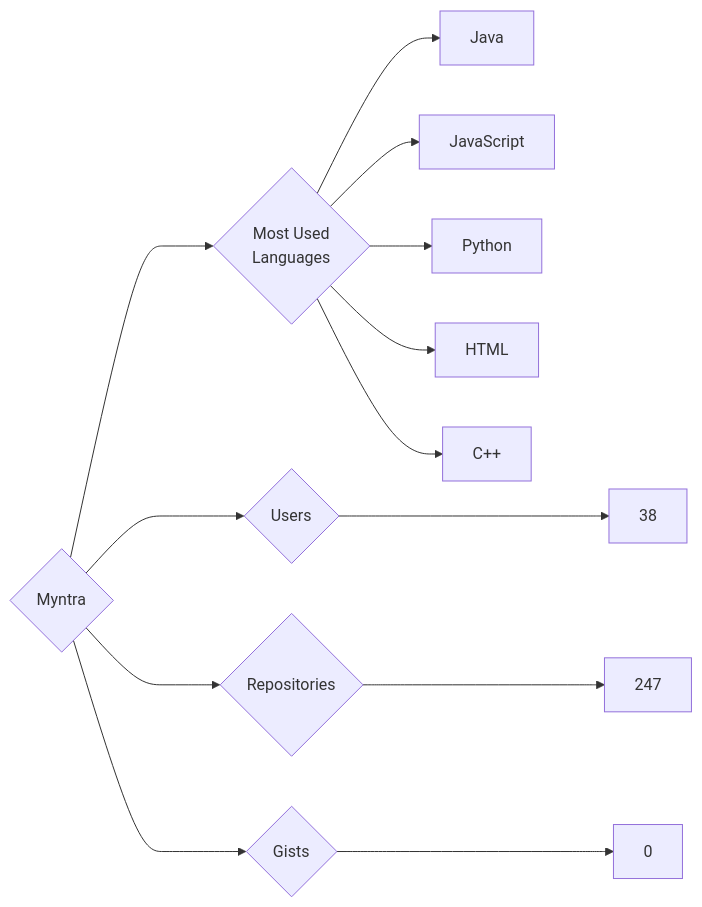
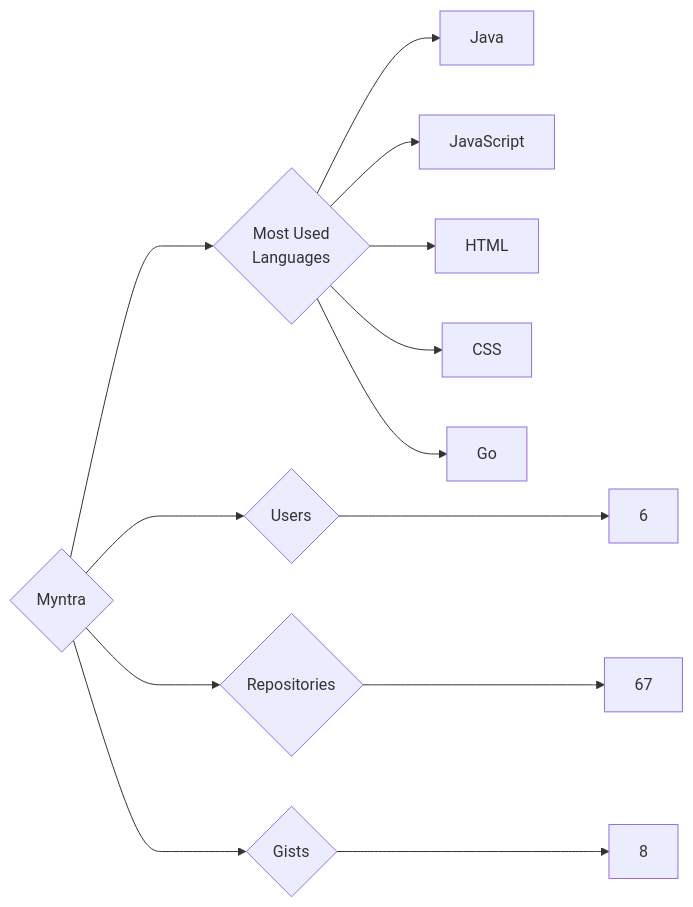
Before and after one commit to trickest/insiders: the diagram in targets/Myntra/README.md, drawn with Mermaid. The commit also changed 997 other files, not shown here.

````diff
--- a/targets/Myntra/README.md
+++ b/targets/Myntra/README.md
@@ -3,13 +3,13 @@
 ```mermaid
 graph LR
 COMPANY_NAME{Myntra}
-COMPANY_NAME ---> U{Users} ---> UN[38]
-COMPANY_NAME ---> R{Repositories} ---> RN[247]
-COMPANY_NAME ---> G{Gists} ---> GN[0]
+COMPANY_NAME ---> U{Users} ---> UN[6]
+COMPANY_NAME ---> R{Repositories} ---> RN[67]
+COMPANY_NAME ---> G{Gists} ---> GN[8]
 COMPANY_NAME ---> ML{Most Used<br>Languages}
-ML --> Java
-ML --> JavaScript
-ML --> Python
-ML --> HTML
-ML --> C++
+ML --> Java[Java]
+ML --> JavaScript[JavaScript]
+ML --> HTML[HTML]
+ML --> CSS[CSS]
+ML --> Go[Go]
 ```
````
